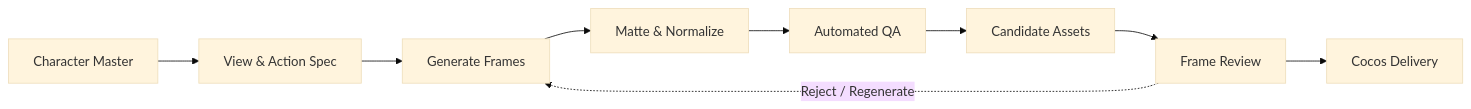
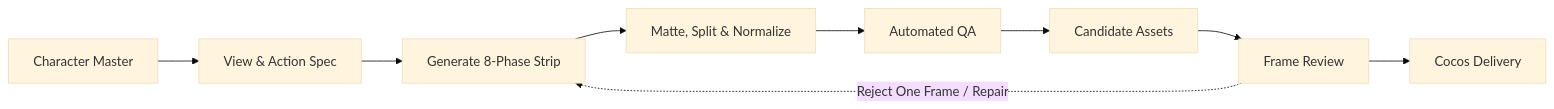
One commit to huyanxius/windup-asset-lab changed the diagram in README.md. Above: the diagram before and after it, drawn with Mermaid (base theme). The commit also changed other lines of this file and 5 other files, not shown here.

````diff
--- a/README.md
+++ b/README.md
@@ -46,11 +46,11 @@
 ```mermaid
 flowchart LR
   A["Character Master"] --> B["View & Action Spec"]
-  B --> C["Generate Frames"]
-  C --> D["Matte & Normalize"]
+  B --> C["Generate 8-Phase Strip"]
+  C --> D["Matte, Split & Normalize"]
   D --> E["Automated QA"]
   E --> F["Candidate Assets"]
   F --> G["Frame Review"]
   G --> H["Cocos Delivery"]
-  G -. "Reject / Regenerate" .-> C
+  G -. "Reject One Frame / Repair" .-> C
 ```
````
